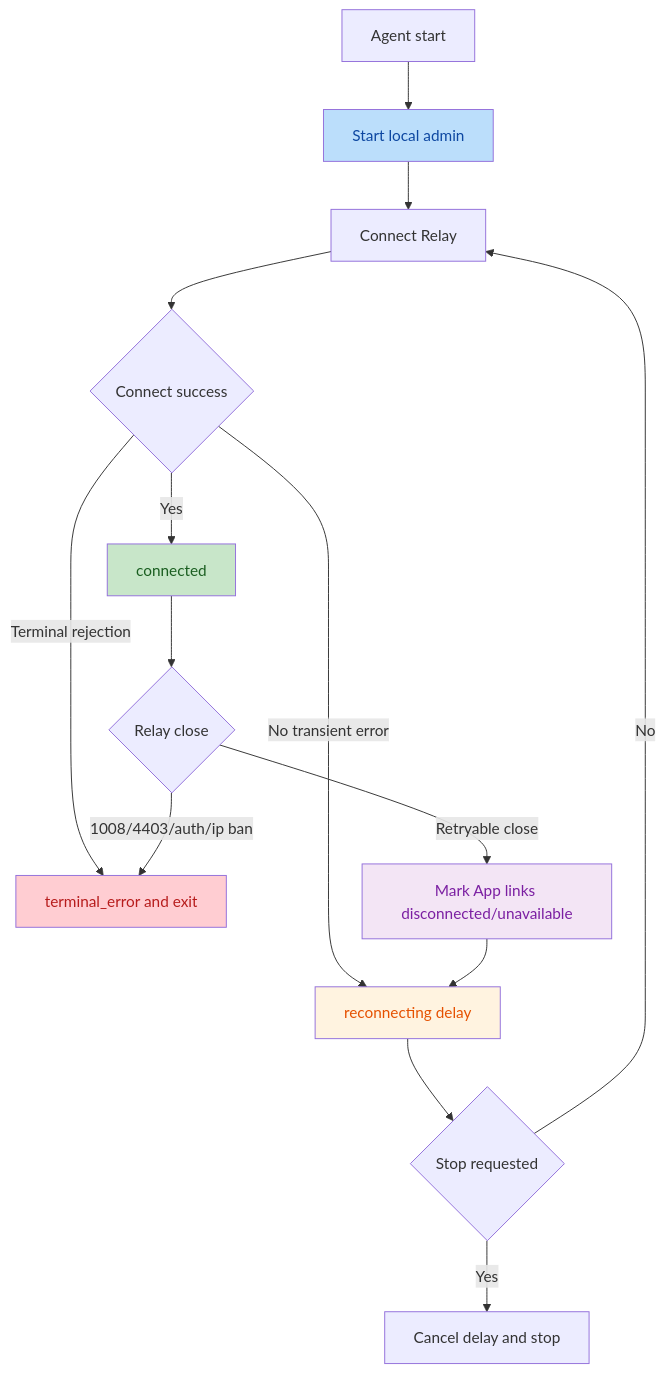
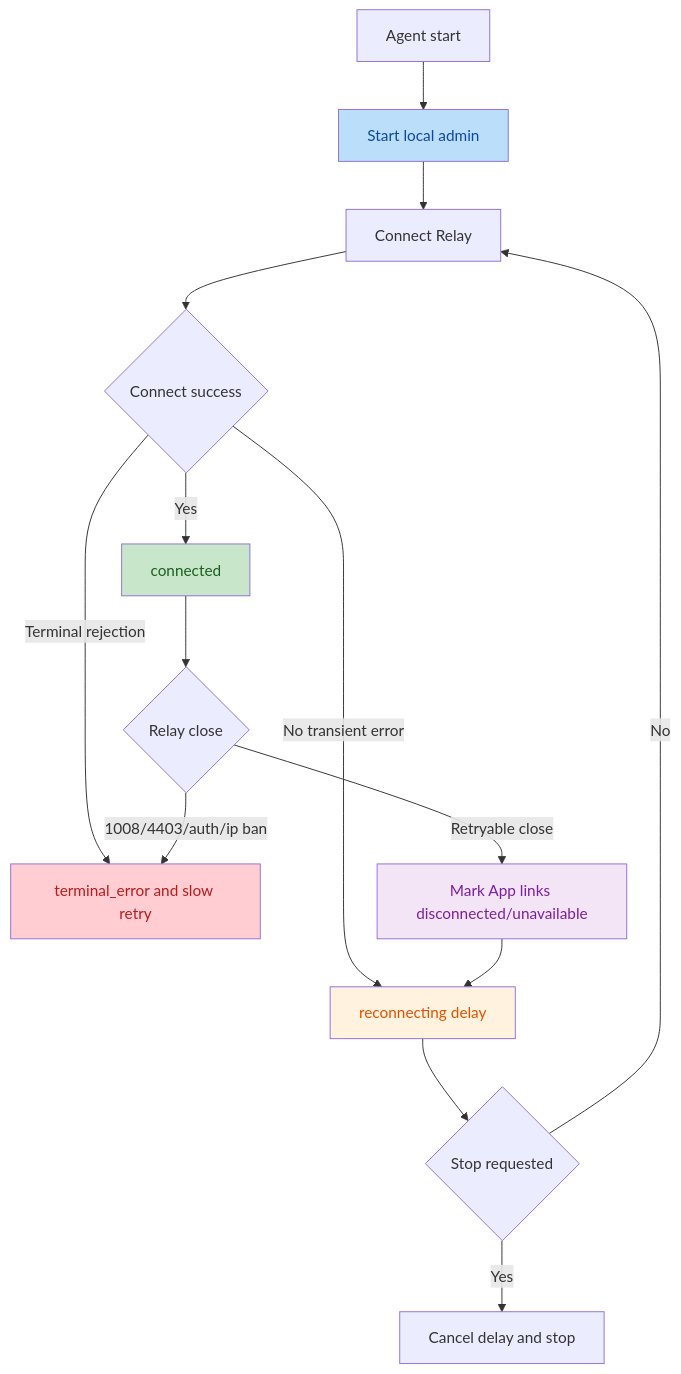
Before and after one commit to zhangbozhb/OmniWork: the first of 2 diagrams in docs/app-installation.md, drawn with Mermaid. The commit also changed other lines of this file and 1 other file, not shown here.

````diff
--- a/docs/app-installation.md
+++ b/docs/app-installation.md
@@ -306,22 +306,22 @@
 ```mermaid
 flowchart TD
     A[Agent start] --> B[Start local admin]
     B --> C[Connect Relay]
     C --> D{Connect success}
     D -->|Yes| E[connected]
     D -->|No transient error| F[reconnecting delay]
-    D -->|Terminal rejection| G[terminal_error and exit]
+    D -->|Terminal rejection| G[terminal_error and slow retry]
     F --> H{Stop requested}
     H -->|Yes| I[Cancel delay and stop]
     H -->|No| C
     E --> J{Relay close}
     J -->|Retryable close| K[Mark App links disconnected/unavailable]
     K --> F
     J -->|1008/4403/auth/ip ban| G
 
     style B fill:#bbdefb,color:#0d47a1
     style E fill:#c8e6c9,color:#1a5e20
     style F fill:#fff3e0,color:#e65100
     style G fill:#ffcdd2,color:#b71c1c
     style K fill:#f3e5f5,color:#7b1fa2
 ```
````
